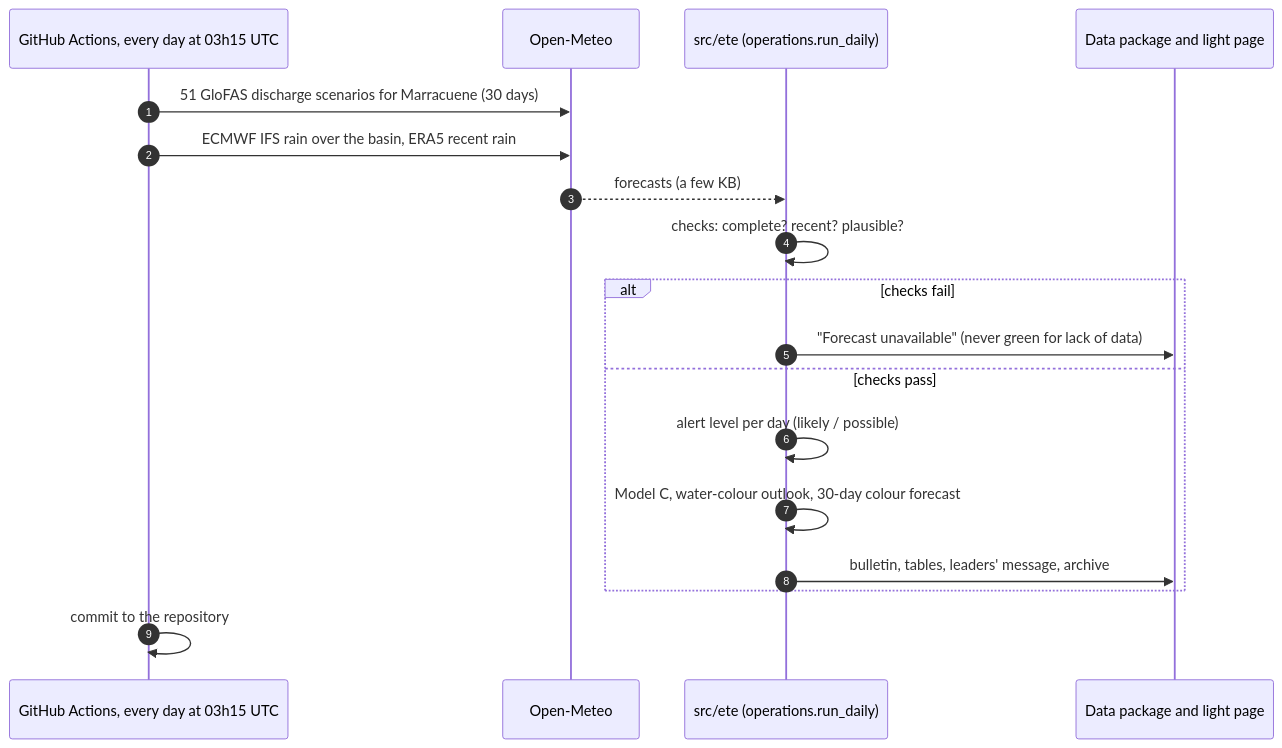
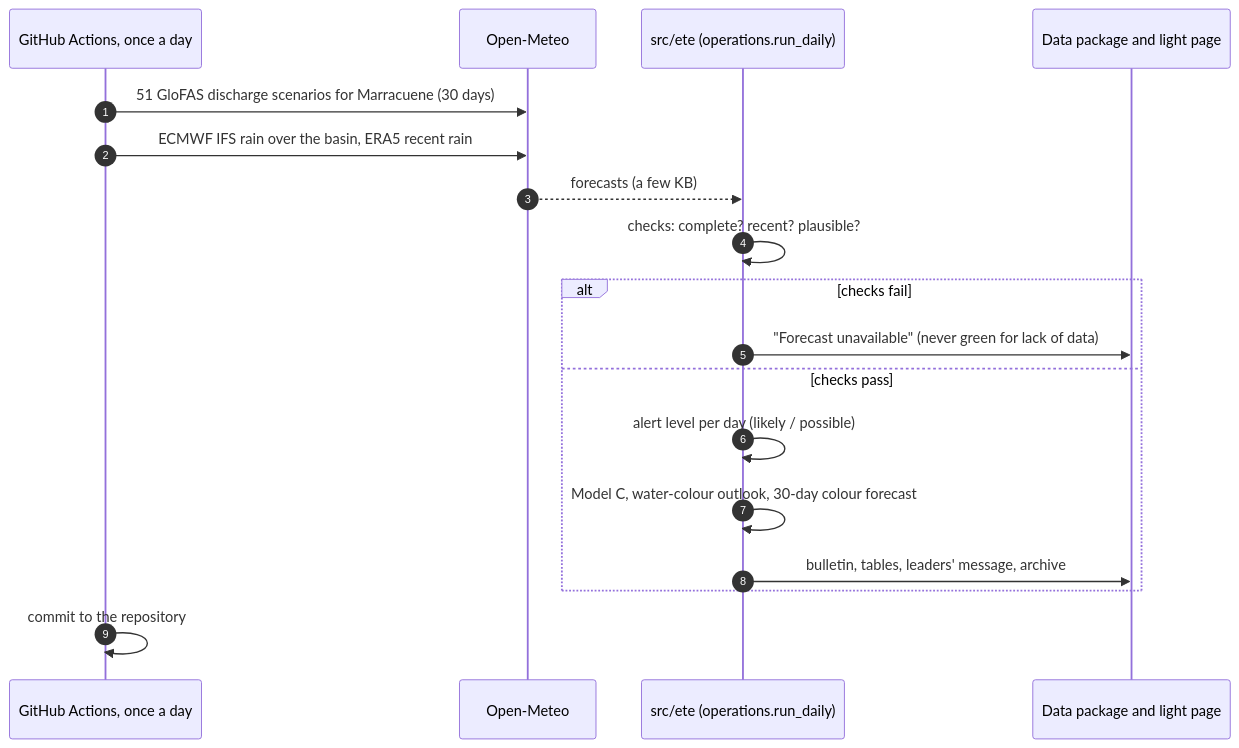
Before and after one commit to EzequiasMiocha/ete-platform: the diagram in documentation/06-forecast-and-alerts.md, drawn with Mermaid. The commit also changed 7 other files, not shown here.

Commit message:
Documentação: o boletim diário está marcado para as 03:15 UTC, mas o GitHub arranca-o horas depois; textos corrigidos

````diff
--- a/documentation/06-forecast-and-alerts.md
+++ b/documentation/06-forecast-and-alerts.md
@@ -66,20 +66,20 @@
 ```mermaid
 sequenceDiagram
     autonumber
-    participant GH as GitHub Actions, every day at 03h15 UTC
+    participant GH as GitHub Actions, once a day
     participant OM as Open-Meteo
     participant E as src/ete (operations.run_daily)
     participant P as Data package and light page
     GH->>OM: 51 GloFAS discharge scenarios for Marracuene (30 days)
     GH->>OM: ECMWF IFS rain over the basin, ERA5 recent rain
     OM-->>E: forecasts (a few KB)
     E->>E: checks: complete? recent? plausible?
     alt checks fail
         E->>P: "Forecast unavailable" (never green for lack of data)
     else checks pass
         E->>E: alert level per day (likely / possible)
         E->>E: Model C, water-colour outlook, 30-day colour forecast
         E->>P: bulletin, tables, leaders' message, archive
     end
     GH->>GH: commit to the repository
 ```
````
